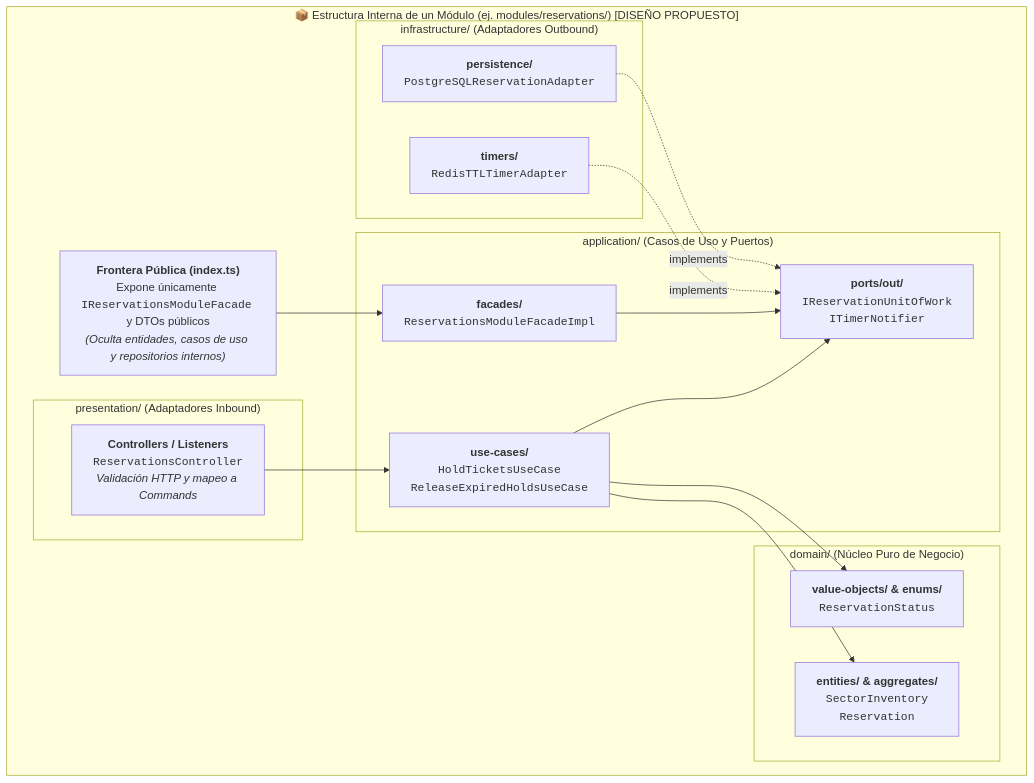
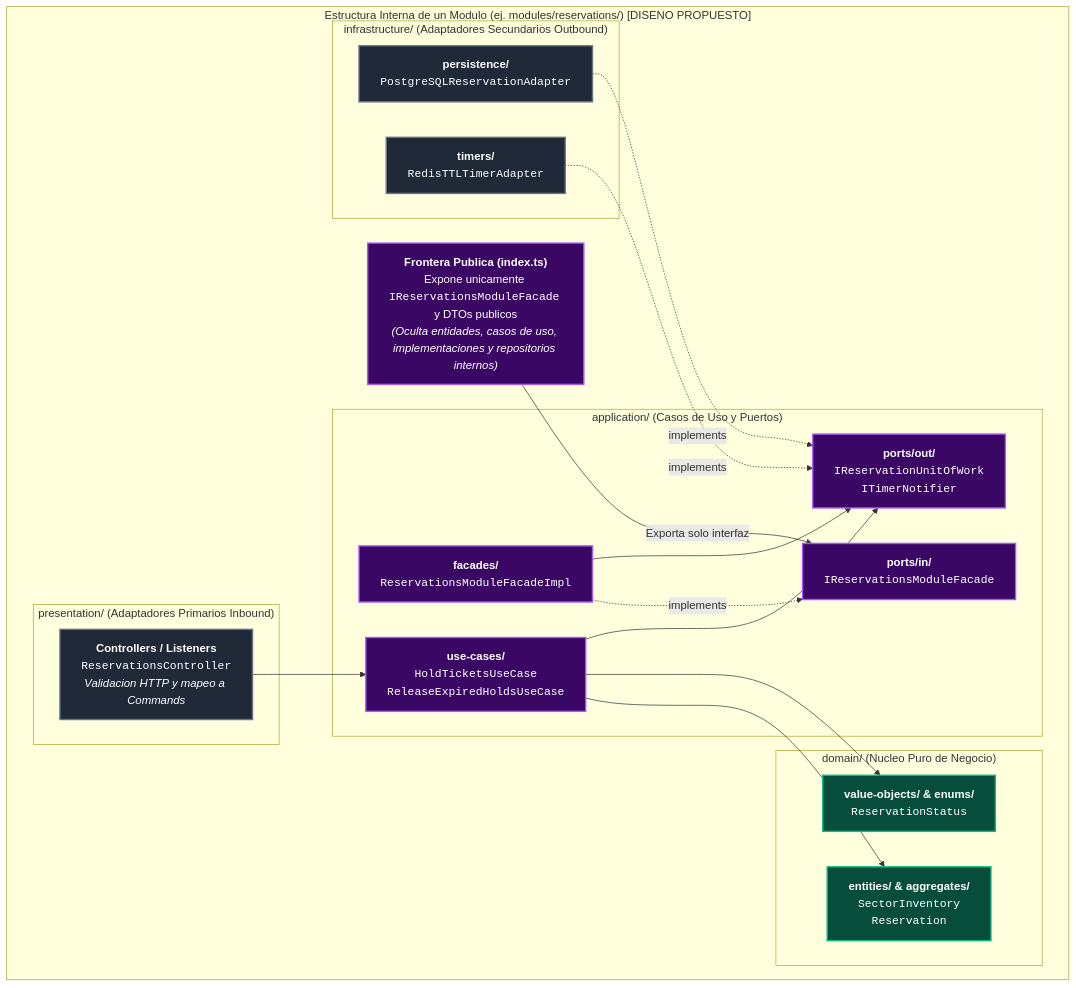
Before and after one commit to CARDBELL96/AFORO: the first of 6 diagrams in docs/03-diseño-de-software/diseño-interno/diseño-interno-de-modulos.md, drawn with Mermaid. The commit also changed other lines of this file and 15 other files, not shown here.

Commit message:
docs: refine hexagonal architecture and redesign C4 diagrams

````diff
--- a/docs/03-diseño-de-software/diseño-interno/diseño-interno-de-modulos.md
+++ b/docs/03-diseño-de-software/diseño-interno/diseño-interno-de-modulos.md
@@ -34,34 +34,44 @@
 ```mermaid
 flowchart TB
-    subgraph MODULE_BOUNDARY["📦 Estructura Interna de un Módulo (ej. modules/reservations/) [DISEÑO PROPUESTO]"]
-        PUBLIC_API["<b>Frontera Pública (index.ts)</b><br/>Expone únicamente <code>IReservationsModuleFacade</code> y DTOs públicos<br/><i>(Oculta entidades, casos de uso y repositorios internos)</i>"]
+    subgraph MODULE_BOUNDARY["Estructura Interna de un Modulo (ej. modules/reservations/) [DISENO PROPUESTO]"]
+        PUBLIC_API["<b>Frontera Publica (index.ts)</b><br/>Expone unicamente <code>IReservationsModuleFacade</code> y DTOs publicos<br/><i>(Oculta entidades, casos de uso, implementaciones y repositorios internos)</i>"]
 
-        subgraph ADAPTERS_IN["presentation/ (Adaptadores Inbound)"]
-            CTRL["<b>Controllers / Listeners</b><br/><code>ReservationsController</code><br/><i>Validación HTTP y mapeo a Commands</i>"]
+        subgraph ADAPTERS_IN["presentation/ (Adaptadores Primarios Inbound)"]
+            CTRL["<b>Controllers / Listeners</b><br/><code>ReservationsController</code><br/><i>Validacion HTTP y mapeo a Commands</i>"]
         end
 
         subgraph APPLICATION["application/ (Casos de Uso y Puertos)"]
+            PORTS_IN["<b>ports/in/</b><br/><code>IReservationsModuleFacade</code>"]
             FAC_IMPL["<b>facades/</b><br/><code>ReservationsModuleFacadeImpl</code>"]
             UC["<b>use-cases/</b><br/><code>HoldTicketsUseCase</code><br/><code>ReleaseExpiredHoldsUseCase</code>"]
             PORTS_OUT["<b>ports/out/</b><br/><code>IReservationUnitOfWork</code><br/><code>ITimerNotifier</code>"]
         end
 
-        subgraph DOMAIN["domain/ (Núcleo Puro de Negocio)"]
+        subgraph DOMAIN["domain/ (Nucleo Puro de Negocio)"]
             ENT["<b>entities/ & aggregates/</b><br/><code>SectorInventory</code><br/><code>Reservation</code>"]
             VO["<b>value-objects/ & enums/</b><br/><code>ReservationStatus</code>"]
         end
 
-        subgraph ADAPTERS_OUT["infrastructure/ (Adaptadores Outbound)"]
+        subgraph ADAPTERS_OUT["infrastructure/ (Adaptadores Secundarios Outbound)"]
             PG_ADAPT["<b>persistence/</b><br/><code>PostgreSQLReservationAdapter</code>"]
             RD_ADAPT["<b>timers/</b><br/><code>RedisTTLTimerAdapter</code>"]
         end
 
-        PUBLIC_API --> FAC_IMPL
+        PUBLIC_API -->|"Exporta solo interfaz"| PORTS_IN
+        FAC_IMPL -.->|"implements"| PORTS_IN
         CTRL --> UC
         FAC_IMPL --> PORTS_OUT
         UC --> ENT & VO
         UC --> PORTS_OUT
         PG_ADAPT -.->|"implements"| PORTS_OUT
         RD_ADAPT -.->|"implements"| PORTS_OUT
     end
+
+    classDef app fill:#3b0764,stroke:#a855f7,stroke-width:2px,color:#ffffff;
+    classDef domain fill:#064e3b,stroke:#10b981,stroke-width:2px,color:#ffffff;
+    classDef infra fill:#1f2937,stroke:#64748b,stroke-width:2px,color:#ffffff;
+
+    class PUBLIC_API,PORTS_IN,FAC_IMPL,UC,PORTS_OUT app;
+    class ENT,VO domain;
+    class CTRL,PG_ADAPT,RD_ADAPT infra;
 ```
````
